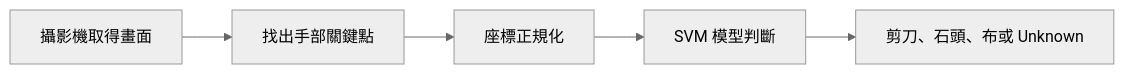
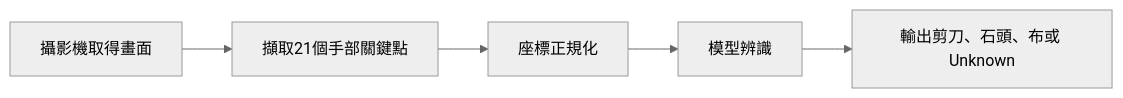
One commit to dfn0519/raspberry-pi-hand-gesture-recognition changed the diagram in README.md. Above: the diagram before and after it, drawn with Mermaid (neutral theme).

````diff
--- a/README.md
+++ b/README.md
@@ -43,7 +43,7 @@
 ```mermaid
 flowchart LR
-    A[攝影機取得畫面] --> B[找出手部關鍵點]
+    A[攝影機取得畫面] --> B[擷取21個手部關鍵點]
     B --> C[座標正規化]
-    C --> D[SVM 模型判斷]
-    D --> E[剪刀、石頭、布或 Unknown]
+    C --> D[模型辨識]
+    D --> E[輸出剪刀、石頭、布或 Unknown]
 ```
````
